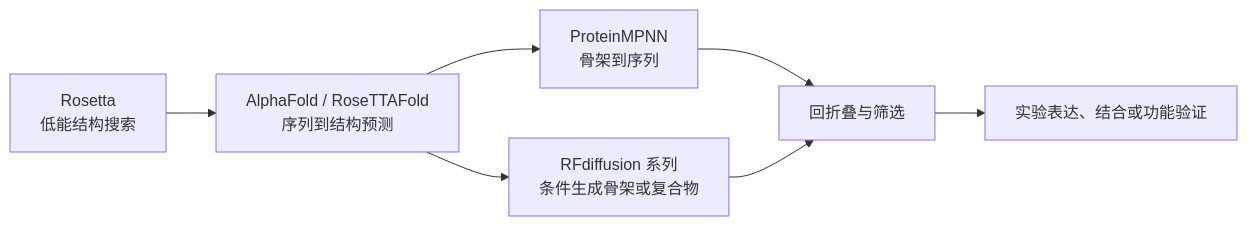
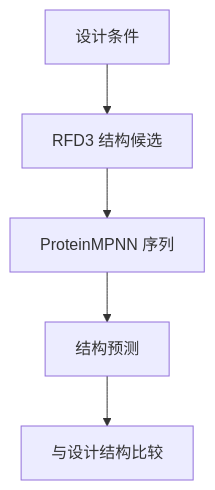
Before and after one commit to luvega/AI_MD: the diagram in book/docs/chapters/chapter-09.md, drawn with Mermaid. The commit also changed other lines of this file and 692 other files, not shown here.

````diff
--- a/book/docs/chapters/chapter-09.md
+++ b/book/docs/chapters/chapter-09.md
@@ -46,9 +37,7 @@
 ```mermaid
-flowchart LR
-  A["Rosetta\n低能结构搜索"] --> B["AlphaFold / RoseTTAFold\n序列到结构预测"]
-  B --> C["ProteinMPNN\n骨架到序列"]
-  B --> D["RFdiffusion 系列\n条件生成骨架或复合物"]
-  C --> E["回折叠与筛选"]
-  D --> E
-  E --> F["实验表达、结合或功能验证"]
+flowchart TD
+  A[设计条件] --> B[RFD3 结构候选]
+  B --> C[ProteinMPNN 序列]
+  C --> D[结构预测]
+  D --> E[与设计结构比较]
 ```
````
